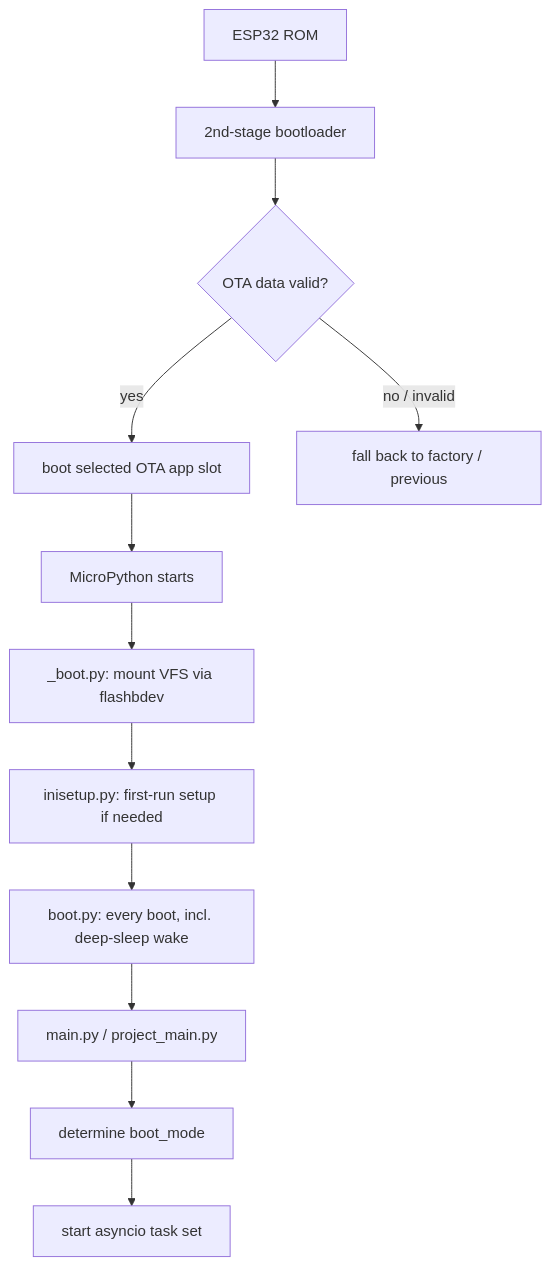
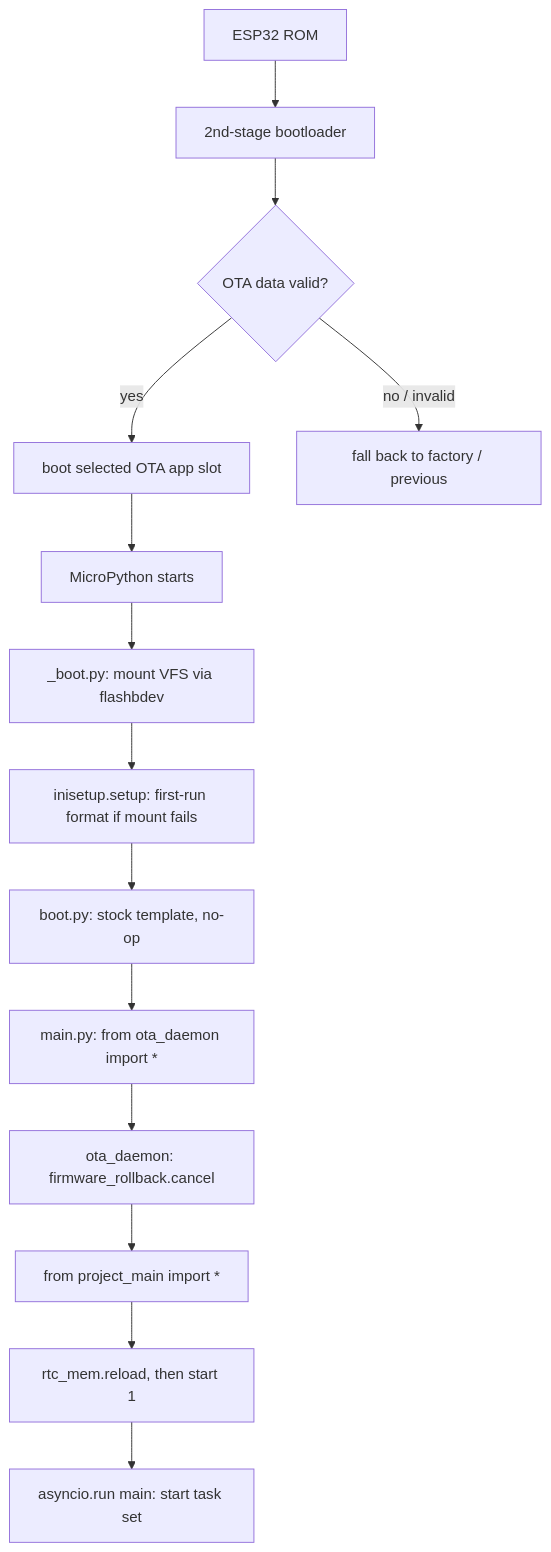
The diagram in docs/firmware/boot-flow.mdx (ljagiello/totem-compass), drawn with Mermaid before and after one commit. The commit also changed other lines of this file and 103 other files, not shown here.

````diff
--- a/docs/firmware/boot-flow.mdx
+++ b/docs/firmware/boot-flow.mdx
@@ -8,14 +8,16 @@
 ```mermaid
 flowchart TD
   A[ESP32 ROM] --> B[2nd-stage bootloader]
   B --> C{OTA data valid?}
   C -->|yes| D[boot selected OTA app slot]
   C -->|no / invalid| E[fall back to factory / previous]
   D --> F[MicroPython starts]
   F --> G[_boot.py: mount VFS via flashbdev]
-  G --> H[inisetup.py: first-run setup if needed]
-  H --> BP[boot.py: every boot, incl. deep-sleep wake]
-  BP --> I[main.py / project_main.py]
-  I --> J[determine boot_mode]
-  J --> K[start asyncio task set]
+  G --> H[inisetup.setup: first-run format if mount fails]
+  H --> BP[boot.py: stock template, no-op]
+  BP --> I[main.py: from ota_daemon import *]
+  I --> OD[ota_daemon: firmware_rollback.cancel]
+  OD --> PM[from project_main import *]
+  PM --> RM[rtc_mem.reload, then start 1]
+  RM --> K[asyncio.run main: start task set]
 ```
````
